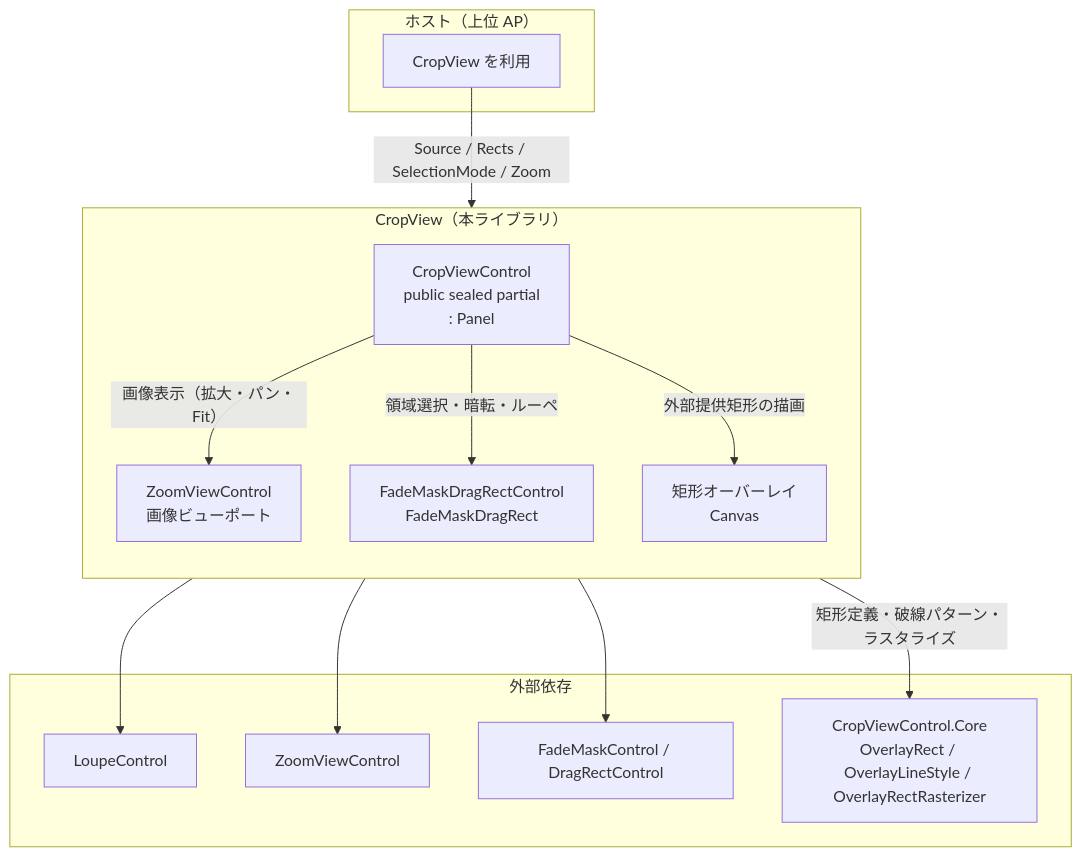
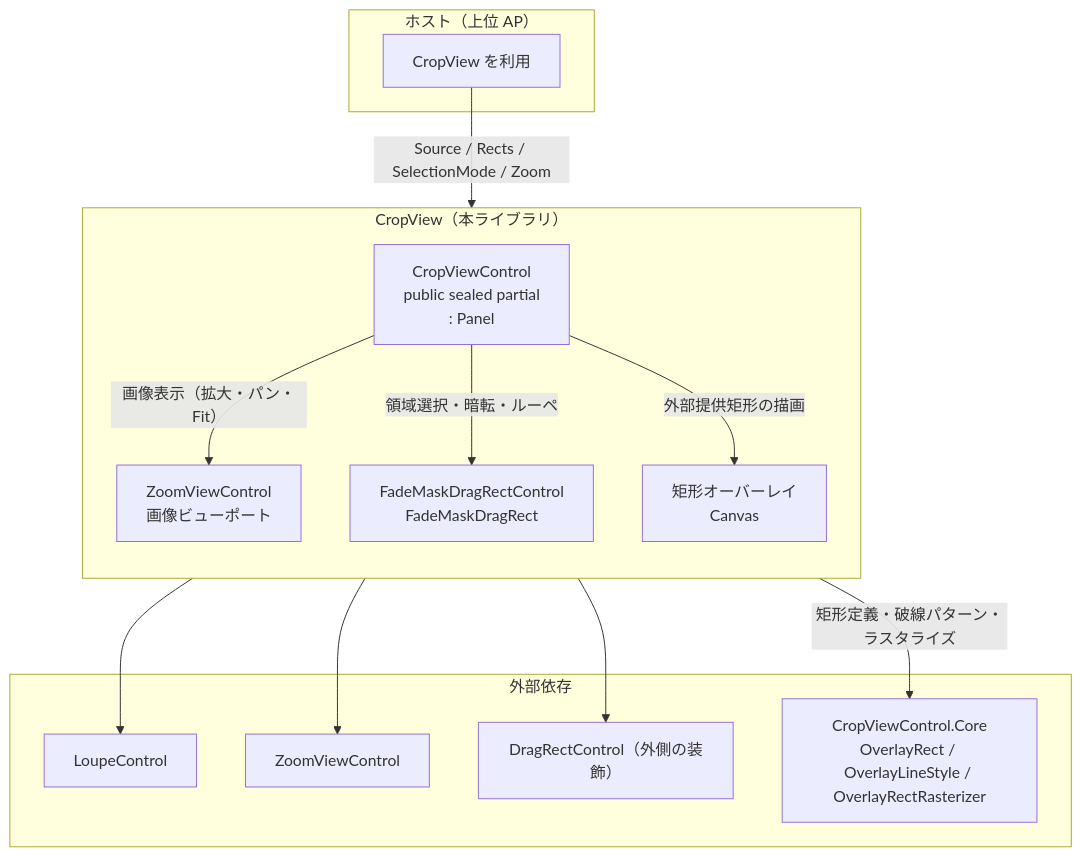
The diagram in src/CropViewControl.AvaloniaUI/SPEC_System.md (tomokuni/SaveEvidence), drawn with Mermaid before and after one commit. The commit also changed other lines of this file and 178 other files, not shown here.

````diff
--- a/src/CropViewControl.AvaloniaUI/SPEC_System.md
+++ b/src/CropViewControl.AvaloniaUI/SPEC_System.md
@@ -36,30 +36,30 @@
 ```mermaid
 flowchart TB
     subgraph Host["ホスト（上位 AP）"]
         H["CropView を利用"]
     end
 
     subgraph CV["CropView（本ライブラリ）"]
         direction TB
         Ctl["CropViewControl<br/>public sealed partial<br/>: Panel"]
         ZV["ZoomViewControl<br/>画像ビューポート"]
         FM["FadeMaskDragRectControl<br/>FadeMaskDragRect"]
         RO["矩形オーバーレイ<br/>Canvas"]
     end
 
     subgraph Dep["外部依存"]
         Loupe["LoupeControl"]
         Zoom["ZoomViewControl"]
-        FadeMask["FadeMaskControl / DragRectControl"]
+        DR["DragRectControl（外側の装飾）"]
         Core["CropViewControl.Core<br/>OverlayRect / OverlayLineStyle / OverlayRectRasterizer"]
     end
 
     H -->|"Source / Rects / SelectionMode / Zoom"| Ctl
     Ctl -->|"画像表示（拡大・パン・Fit）"| ZV
     Ctl -->|"領域選択・暗転・ルーペ"| FM
     Ctl -->|"外部提供矩形の描画"| RO
     Ctl -->|"矩形定義・破線パターン・ラスタライズ"| Core
     FM --> Loupe
     ZV --> Zoom
-    FM --> FadeMask
+    FM --> DR
 ```
````
